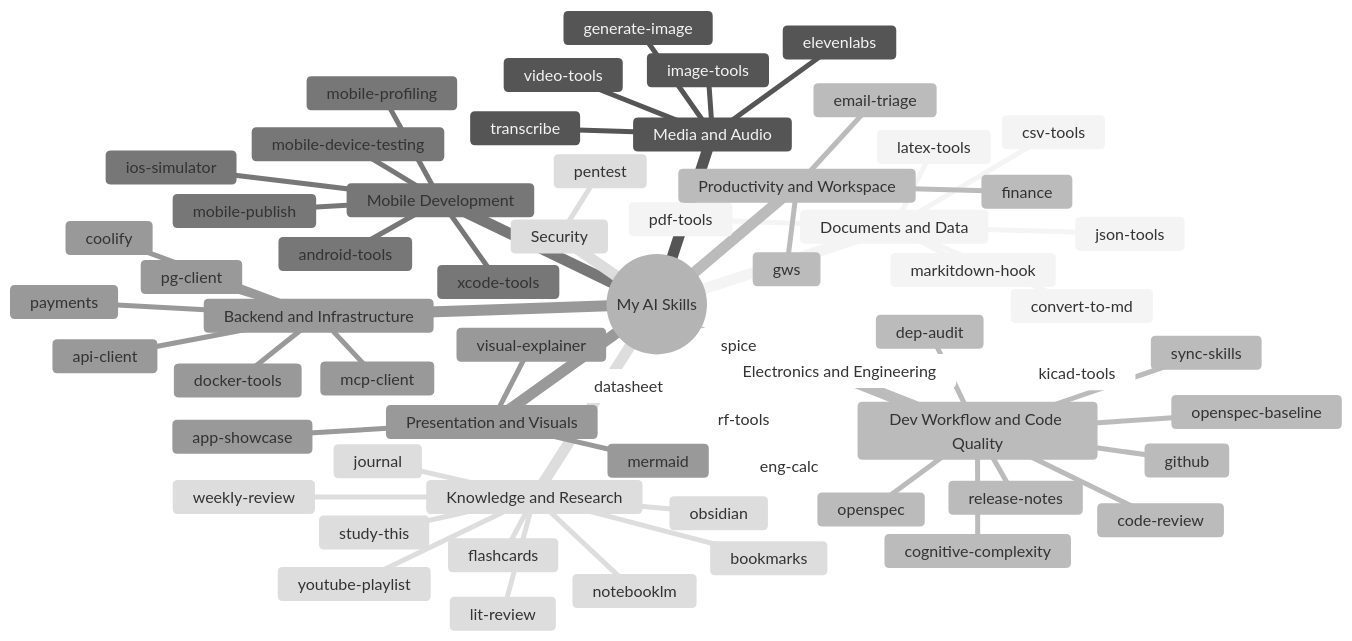
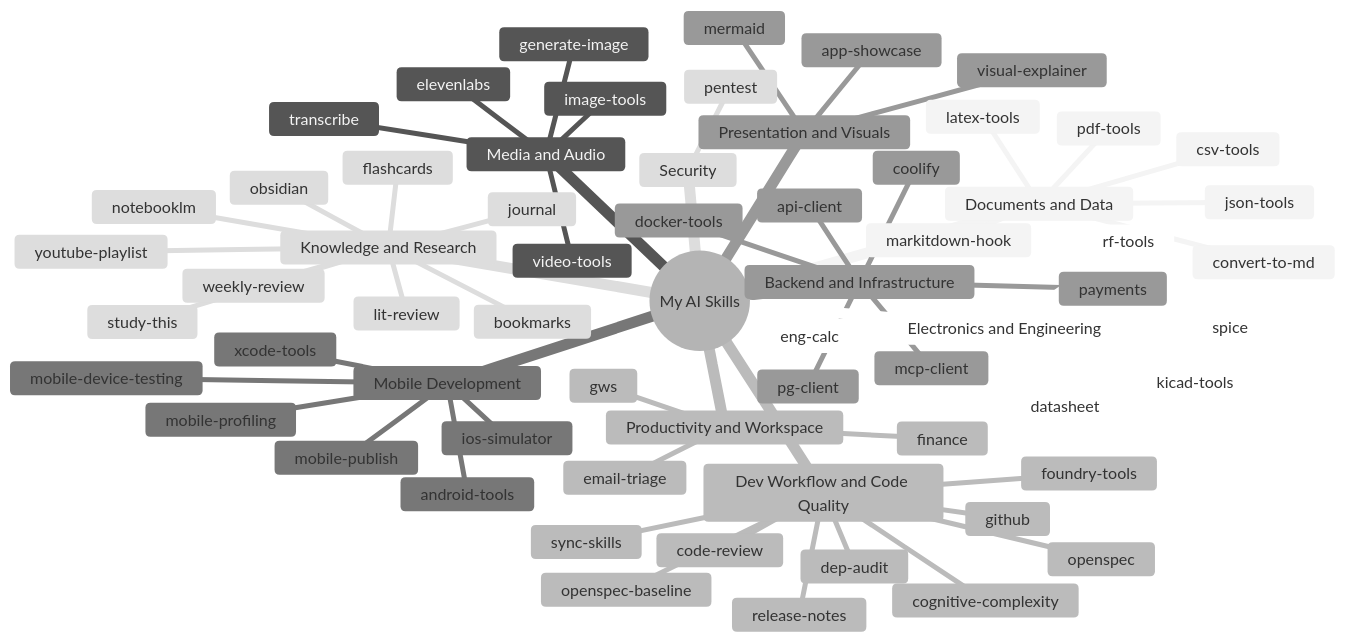
Before and after one commit to leonardoaraujosantos/my_ai_skills: the diagram in README.md, drawn with Mermaid (neutral theme). The commit also changed other lines of this file and 6 other files, not shown here.

First line of the commit message:
Add foundry-tools skill: Solidity dev, testing, and security with Foundry + Slither (#20)

````diff
--- a/README.md
+++ b/README.md
@@ -9,66 +9,67 @@
 ```mermaid
 mindmap
   root((My AI Skills))
     Documents and Data
       convert-to-md
       csv-tools
       json-tools
       latex-tools
       markitdown-hook
       pdf-tools
     Media and Audio
       elevenlabs
       generate-image
       image-tools
       transcribe
       video-tools
     Dev Workflow and Code Quality
       code-review
       cognitive-complexity
       dep-audit
+      foundry-tools
       github
       openspec
       openspec-baseline
       release-notes
       sync-skills
     Mobile Development
       android-tools
       ios-simulator
       mobile-device-testing
       mobile-profiling
       mobile-publish
       xcode-tools
     Backend and Infrastructure
       api-client
       coolify
       docker-tools
       mcp-client
       payments
       pg-client
     Security
       pentest
     Electronics and Engineering
       datasheet
       eng-calc
       kicad-tools
       rf-tools
       spice
     Knowledge and Research
       bookmarks
       flashcards
       journal
       lit-review
       notebooklm
       obsidian
       study-this
       weekly-review
       youtube-playlist
     Productivity and Workspace
       email-triage
       finance
       gws
     Presentation and Visuals
       app-showcase
       mermaid
       visual-explainer
 ```
````
